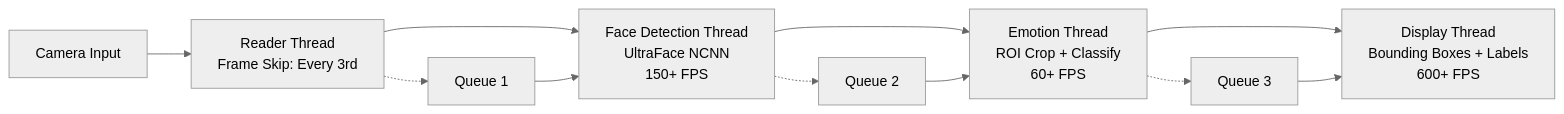
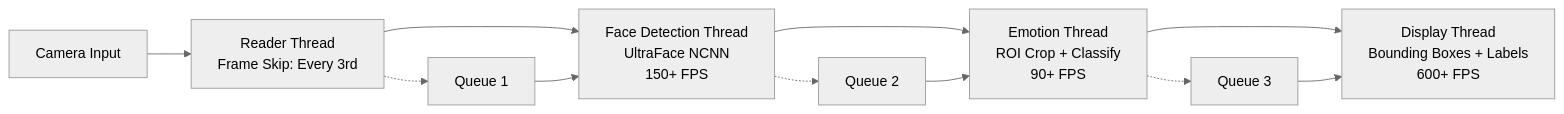
Before and after one commit to fw7th/emotion: the diagram in README.md, drawn with Mermaid (neutral theme). The commit also changed other lines of this file and 9 other files, not shown here.

````diff
--- a/README.md
+++ b/README.md
@@ -36,14 +58,14 @@
 ```mermaid
 graph LR
     A[Camera Input] --> B[Reader Thread<br/>Frame Skip: Every 3rd]
     B --> C[Face Detection Thread<br/>UltraFace NCNN<br/>150+ FPS]
-    C --> D[Emotion Thread<br/>ROI Crop + Classify<br/>60+ FPS]
+    C --> D[Emotion Thread<br/>ROI Crop + Classify<br/>90+ FPS]
     D --> E[Display Thread<br/>Bounding Boxes + Labels<br/>600+ FPS]
     
     B -.-> F[Queue 1]
     C -.-> G[Queue 2] 
     D -.-> H[Queue 3]
     F --> C
     G --> D
     H --> E
 ```
````
